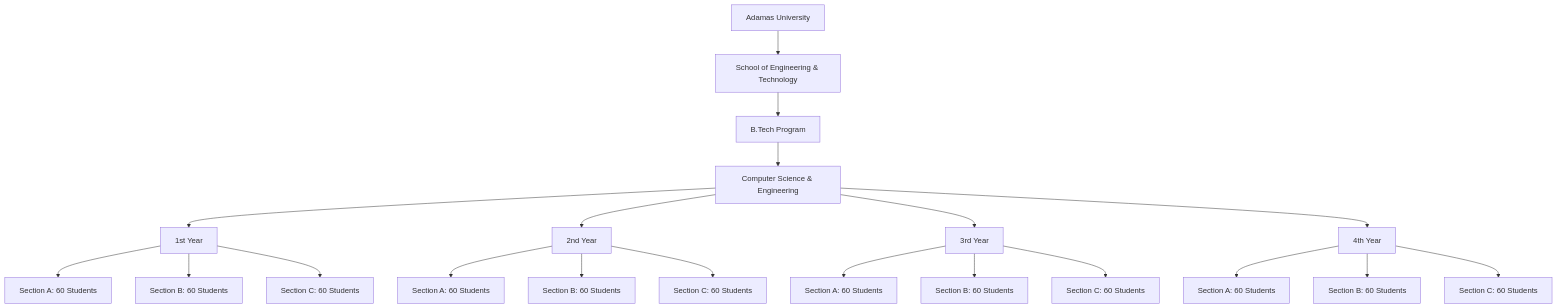
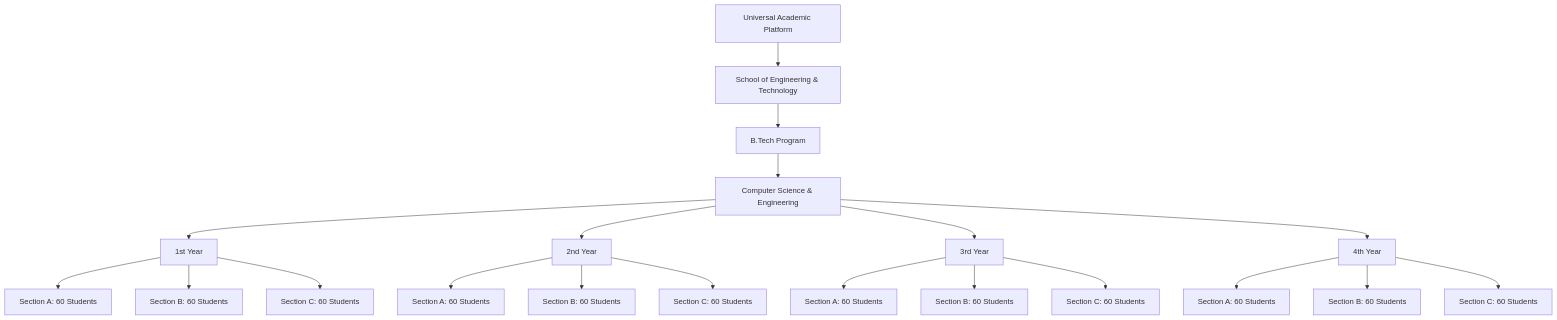
Before and after one commit to Babin123456/EduPilot-AI: the second of 3 diagrams in ARCHITECTURE.md, drawn with Mermaid. The commit also changed other lines of this file and 2 other files, not shown here.

Commit message:
refactor: purge remaining institutional text from backend routes, architecture diagram, and seeder docstrings

````diff
--- a/ARCHITECTURE.md
+++ b/ARCHITECTURE.md
@@ -56,28 +56,28 @@
 ```mermaid
 flowchart TD
-    AU[Adamas University]
+    AU[Universal Academic Platform]
     AU --> SET[School of Engineering & Technology]
     SET --> BTECH[B.Tech Program]
     BTECH --> CSE[Computer Science & Engineering]
 
     CSE --> Y1[1st Year]
     CSE --> Y2[2nd Year]
     CSE --> Y3[3rd Year]
     CSE --> Y4[4th Year]
 
     Y1 --> Y1A[Section A: 60 Students]
     Y1 --> Y1B[Section B: 60 Students]
     Y1 --> Y1C[Section C: 60 Students]
 
     Y2 --> Y2A[Section A: 60 Students]
     Y2 --> Y2B[Section B: 60 Students]
     Y2 --> Y2C[Section C: 60 Students]
 
     Y3 --> Y3A[Section A: 60 Students]
     Y3 --> Y3B[Section B: 60 Students]
     Y3 --> Y3C[Section C: 60 Students]
 
     Y4 --> Y4A[Section A: 60 Students]
     Y4 --> Y4B[Section B: 60 Students]
     Y4 --> Y4C[Section C: 60 Students]
 ```
````
